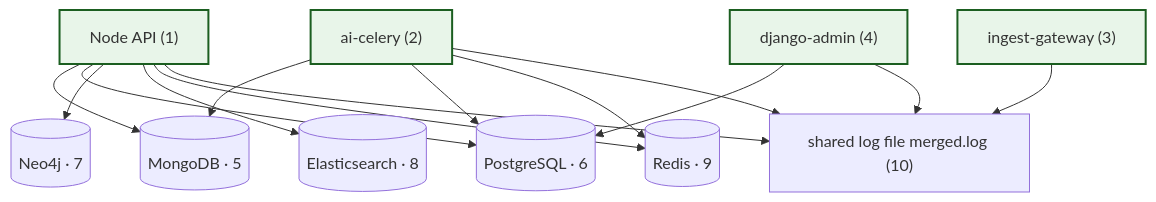
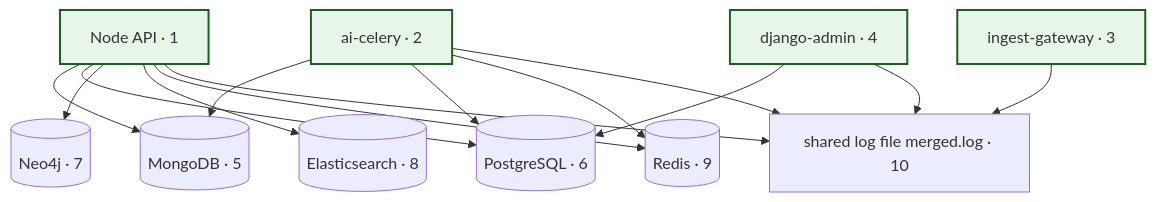
Before and after one commit to OferElboher/suspicious-email-triage: the diagram in docs/diagrams/system-flow-04-data-stores.mmd, drawn with Mermaid. The commit also changed 18 other files, not shown here.

First line of the commit message:
Align flowchart Mermaid syntax with comprehensive guide arrowheads.

```diff
--- a/docs/diagrams/system-flow-04-data-stores.mmd
+++ b/docs/diagrams/system-flow-04-data-stores.mmd
@@ -1,33 +1,33 @@
 flowchart TB
   classDef flowEntry fill:#e8f5e9,stroke:#1b5e20,stroke-width:2px
 
-  N["Node API (1)"]
-  W["ai-celery (2)"]
-  G["ingest-gateway (3)"]
-  DJ["django-admin (4)"]
+  N["Node API · 1"]
+  W["ai-celery · 2"]
+  G["ingest-gateway · 3"]
+  DJ["django-admin · 4"]
 
-  M[("MongoDB · 5")]
-  PG[("PostgreSQL · 6")]
-  NEO[("Neo4j · 7")]
-  ES[("Elasticsearch · 8")]
-  R[("Redis · 9")]
-  LOG["shared log file merged.log (10)"]
+  M[(MongoDB · 5)]
+  PG[(PostgreSQL · 6)]
+  NEO[(Neo4j · 7)]
+  ES[(Elasticsearch · 8)]
+  R[(Redis · 9)]
+  LOG["shared log file merged.log · 10"]
 
   N --> M
   N --> PG
   N --> NEO
   N --> ES
   N --> R
   N --> LOG
 
   W --> M
   W --> PG
   W --> R
   W --> LOG
 
   G --> LOG
 
   DJ --> PG
   DJ --> LOG
 
   class N,W,G,DJ flowEntry
```
